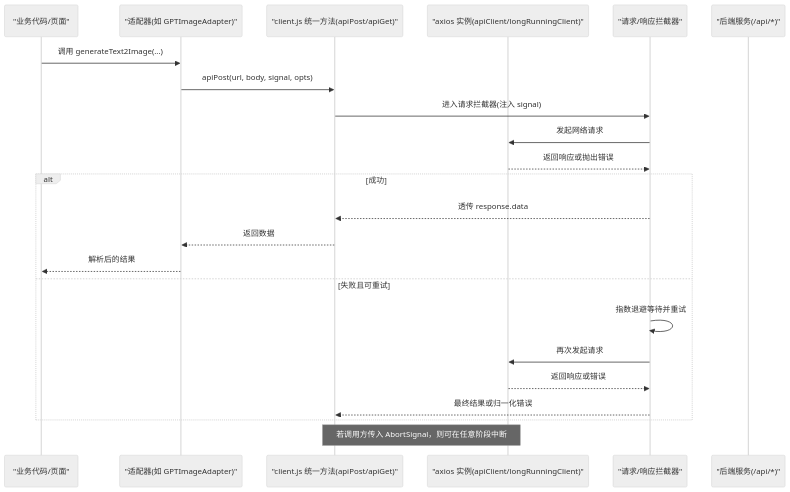
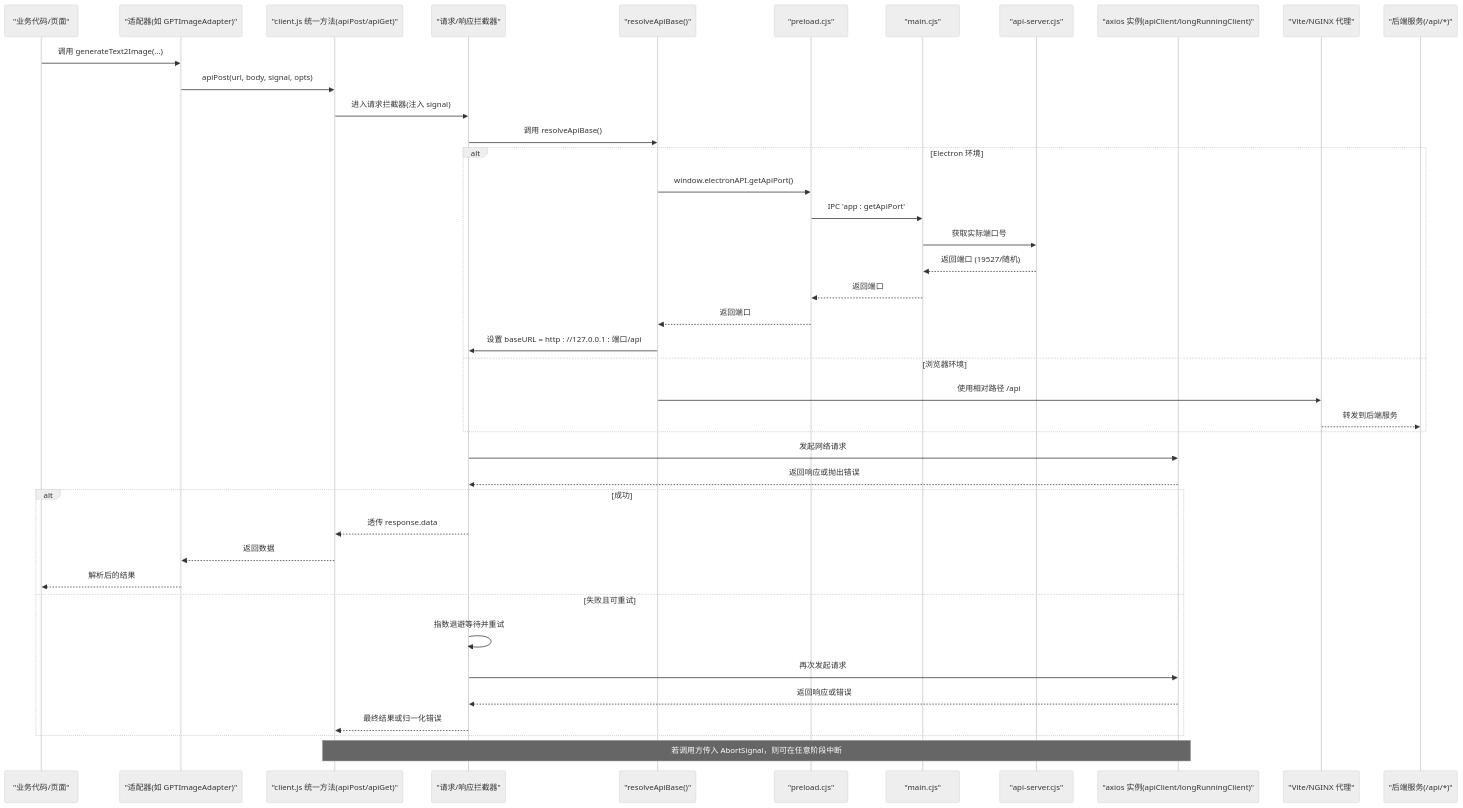
Before and after one commit to AlbusWei/AI-Image-Studio: the second of 9 diagrams in .qoder/repowiki/zh/content/API 适配层/HTTP 客户端封装.md, drawn with Mermaid (neutral theme). The commit also changed other lines of this file and 26 other files, not shown here.

Commit message:
fix: 修复 Gallery 图片显示 broken image 问题

````diff
--- a/.qoder/repowiki/zh/content/API 适配层/HTTP 客户端封装.md
+++ b/.qoder/repowiki/zh/content/API 适配层/HTTP 客户端封装.md
@@ -92,25 +126,43 @@
 ```mermaid
 sequenceDiagram
 participant Caller as "业务代码/页面"
 participant Adapter as "适配器(如 GPTImageAdapter)"
 participant Client as "client.js 统一方法(apiPost/apiGet)"
+participant Interceptor as "请求/响应拦截器"
+participant Resolve as "resolveApiBase()"
+participant Preload as "preload.cjs"
+participant Main as "main.cjs"
+participant Server as "api-server.cjs"
 participant Axios as "axios 实例(apiClient/longRunningClient)"
-participant Interceptor as "请求/响应拦截器"
-participant Server as "后端服务(/api/*)"
+participant BrowserProxy as "Vite/NGINX 代理"
+participant ExternalServer as "后端服务(/api/*)"
 Caller->>Adapter : 调用 generateText2Image(...)
 Adapter->>Client : apiPost(url, body, signal, opts)
 Client->>Interceptor : 进入请求拦截器(注入 signal)
+Interceptor->>Resolve : 调用 resolveApiBase()
+alt Electron 环境
+Resolve->>Preload : window.electronAPI.getApiPort()
+Preload->>Main : IPC 'app : getApiPort'
+Main->>Server : 获取实际端口号
+Server-->>Main : 返回端口 (19527/随机)
+Main-->>Preload : 返回端口
+Preload-->>Resolve : 返回端口
+Resolve->>Interceptor : 设置 baseURL = http : //127.0.0.1 : 端口/api
+else 浏览器环境
+Resolve->>BrowserProxy : 使用相对路径 /api
+BrowserProxy-->>ExternalServer : 转发到后端服务
+end
 Interceptor->>Axios : 发起网络请求
 Axios-->>Interceptor : 返回响应或抛出错误
 alt 成功
 Interceptor-->>Client : 透传 response.data
 Client-->>Adapter : 返回数据
 Adapter-->>Caller : 解析后的结果
 else 失败且可重试
 Interceptor->>Interceptor : 指数退避等待并重试
 Interceptor->>Axios : 再次发起请求
 Axios-->>Interceptor : 返回响应或错误
 Interceptor-->>Client : 最终结果或归一化错误
 end
 Note over Client,Axios : 若调用方传入 AbortSignal，则可在任意阶段中断
 ```
````
